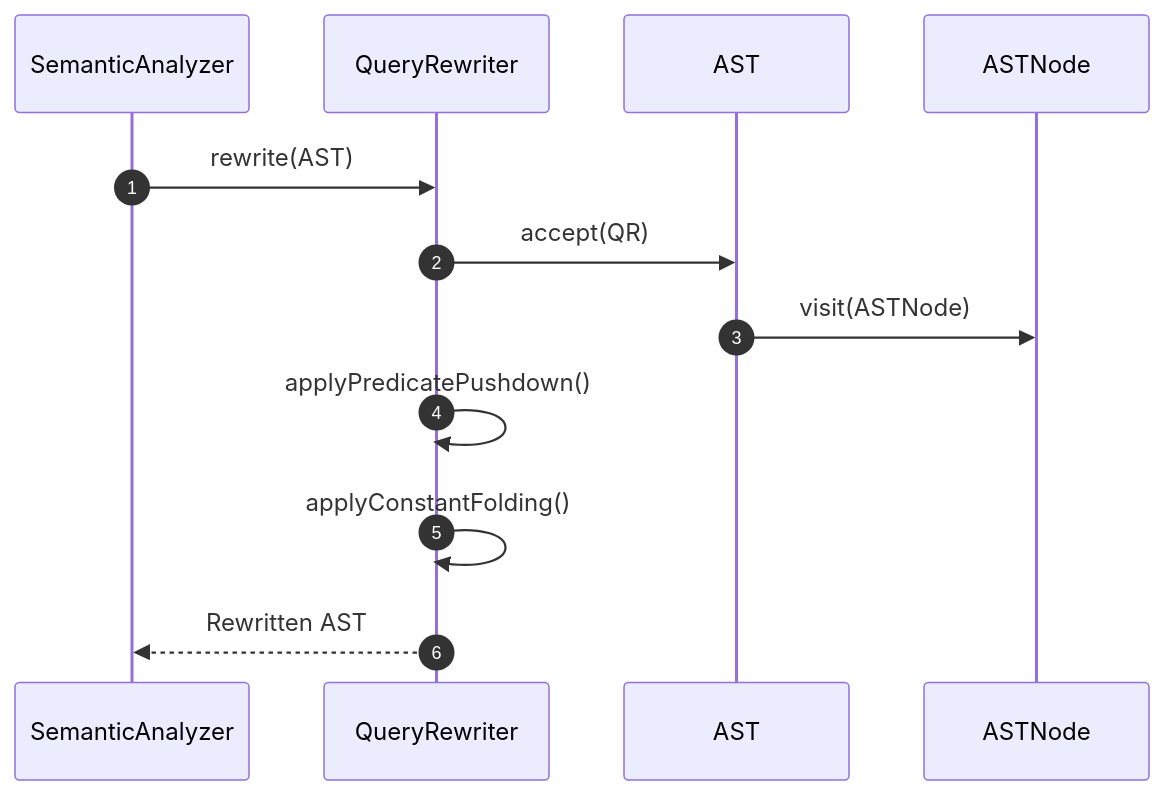
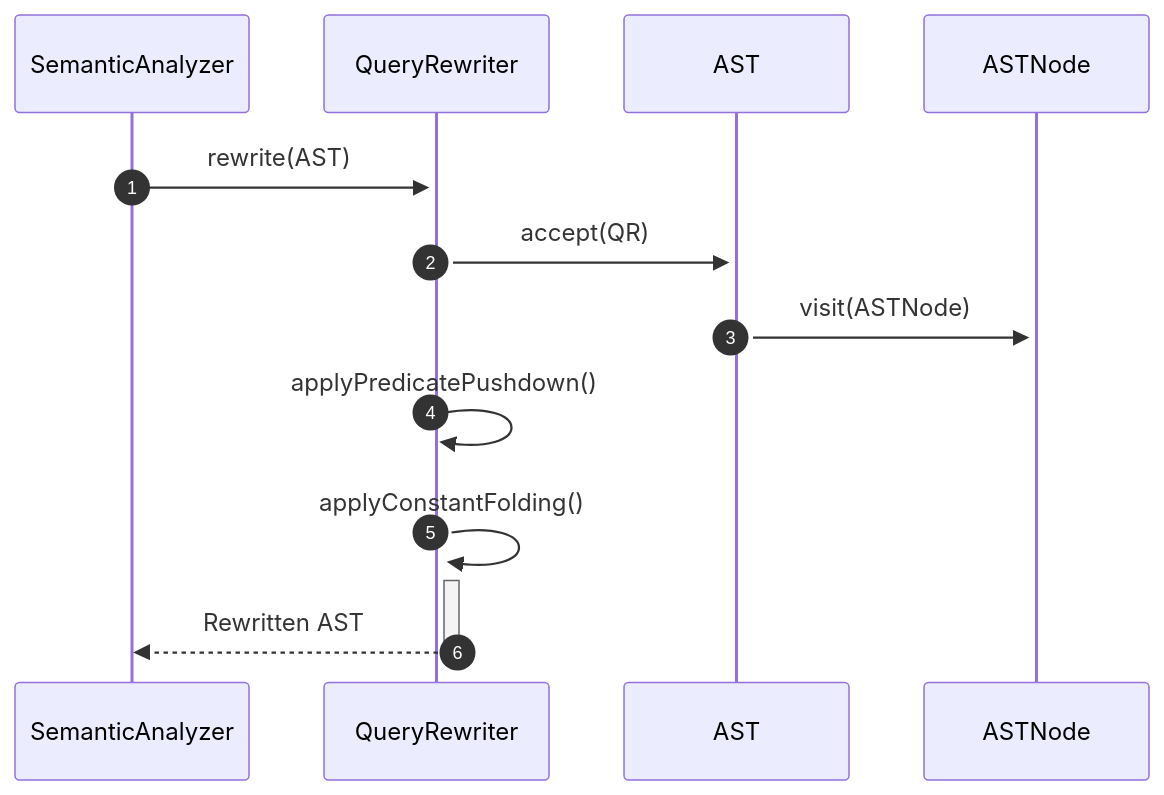
One commit to Dikhang1112/Database_Management_BBV changed the tenth of 13 diagrams in docs/design_patterns/query_processor/Sequece.md. Above: the diagram before and after it, drawn with Mermaid. The commit also changed other lines of this file and 12 other files, not shown here.

Commit message:
Refactor sequece diagram

````diff
--- a/docs/design_patterns/query_processor/Sequece.md
+++ b/docs/design_patterns/query_processor/Sequece.md
@@ -301,15 +301,15 @@
 ```mermaid
 sequenceDiagram
     autonumber
     participant SA as SemanticAnalyzer
     participant QR as QueryRewriter
     participant AST as AST
     participant Node as ASTNode
 
-    SA->>QR: rewrite(AST)
-    QR->>AST: accept(QR)
-    AST->>Node: visit(ASTNode)
-    QR->>QR: applyPredicatePushdown()
-    QR->>QR: applyConstantFolding()
-    QR-->>SA: Rewritten AST
+    SA->>+QR: rewrite(AST)
+    QR->>+AST: accept(QR)
+    AST->>+Node: visit(ASTNode)
+    QR->>+QR: applyPredicatePushdown()
+    QR->>+QR: applyConstantFolding()
+    QR-->>-SA: Rewritten AST
 ```
````
